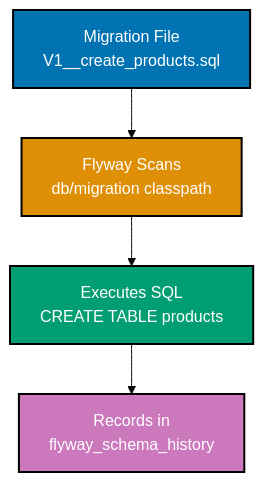
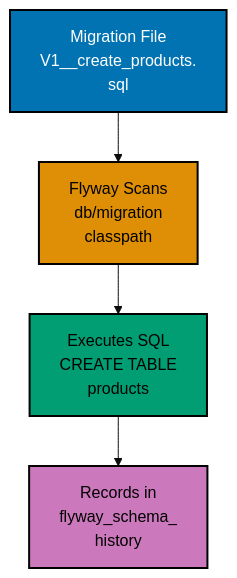
One commit to wahidyankf/ose-public changed the first of 3 diagrams in apps/ayokoding-www/content/en/learn/legacy/software-engineering/data/tools/kotlin-flyway/by-example/beginner.md. Above: the diagram before and after it, drawn with Mermaid (base theme). The commit also changed other lines of this file and 131 other files, not shown here.

First line of the commit message:
fix(mermaid): bring the legacy data, infrastructure, and testing diagrams onto the accessible palette

````diff
--- a/apps/ayokoding-www/content/en/learn/legacy/software-engineering/data/tools/kotlin-flyway/by-example/beginner.md
+++ b/apps/ayokoding-www/content/en/learn/legacy/software-engineering/data/tools/kotlin-flyway/by-example/beginner.md
@@ -24,16 +24,19 @@
 ```mermaid
 %% Color Palette: Blue #0173B2, Orange #DE8F05, Teal #029E73, Purple #CC78BC, Brown #CA9161
 %% Flyway discovers and executes V1 migration file
 graph TD
-    A["Migration File\nV1__create_products.sql"]:::blue
-    B["Flyway Scans\ndb/migration classpath"]:::orange
-    C["Executes SQL\nCREATE TABLE products"]:::teal
-    D["Records in\nflyway_schema_history"]:::purple
+    accTitle: Example 1: First Versioned Migration
+    accDescr: Graph with 4 nodes and 3 connections. Nodes: Migration File V1__create_products. sql, Flyway Scans db/migration classpath, Executes SQL CREATE TABLE products, Records in flyway_schema_ history. Connections: Migration File V1__create_products. sql to Flyway Scans db/migration classpath, Flyway Scans db/migration classpath to Executes SQL CREATE TABLE products, Executes SQL CREATE TABLE products to Records in flyway_schema_ history.
+    A["Migration File<br/>V1__create_products.<br/>sql"]:::blue
+    B["Flyway Scans<br/>db/migration<br/>classpath"]:::orange
+    C["Executes SQL<br/>CREATE TABLE<br/>products"]:::teal
+    D["Records in<br/>flyway_schema_<br/>history"]:::purple
 
     A --> B --> C --> D
 
     classDef blue fill:#0173B2,stroke:#000000,color:#FFFFFF,stroke-width:2px
-    classDef orange fill:#DE8F05,stroke:#000000,color:#FFFFFF,stroke-width:2px
-    classDef teal fill:#029E73,stroke:#000000,color:#FFFFFF,stroke-width:2px
-    classDef purple fill:#CC78BC,stroke:#000000,color:#FFFFFF,stroke-width:2px
+    classDef orange fill:#DE8F05,stroke:#000000,color:#000000,stroke-width:2px
+    classDef teal fill:#029E73,stroke:#000000,color:#000000,stroke-width:2px
+    classDef purple fill:#CC78BC,stroke:#000000,color:#000000,stroke-width:2px
+    classDef default fill:#FFFFFF,stroke:#000000,color:#000000
 ```
````
